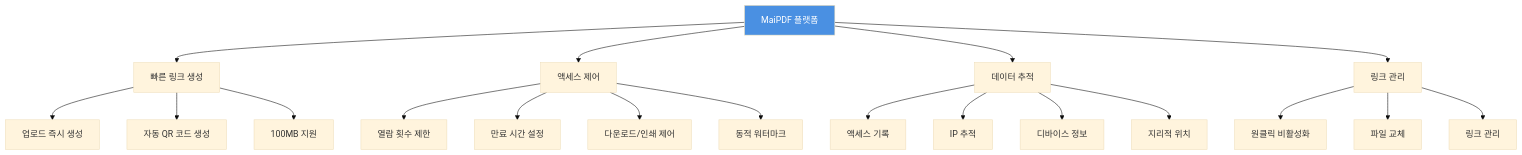
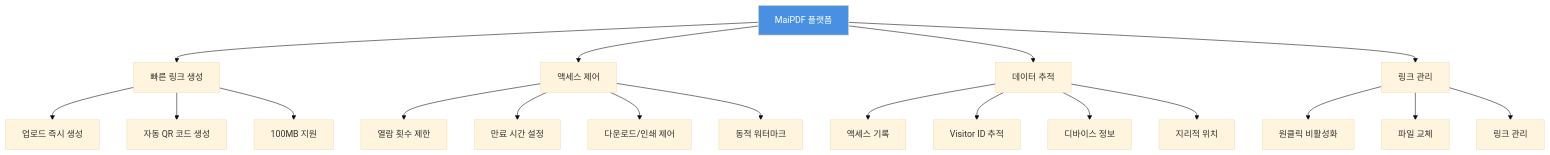
The second of 12 diagrams in src/content/blog/ko/pdf-sharing-introduction.md (mythenigma/cloudflareAstro), drawn with Mermaid (base theme) before and after one commit. The commit also changed other lines of this file and 353 other files, not shown here.

````diff
--- a/src/content/blog/ko/pdf-sharing-introduction.md
+++ b/src/content/blog/ko/pdf-sharing-introduction.md
@@ -51,27 +51,27 @@
 ```mermaid
 flowchart TD
     A[MaiPDF 플랫폼] --> B[빠른 링크 생성]
     A --> C[액세스 제어]
     A --> D[데이터 추적]
     A --> E[링크 관리]
     
     B --> B1[업로드 즉시 생성]
     B --> B2[자동 QR 코드 생성]
     B --> B3[100MB 지원]
     
     C --> C1[열람 횟수 제한]
     C --> C2[만료 시간 설정]
     C --> C3[다운로드/인쇄 제어]
     C --> C4[동적 워터마크]
     
     D --> D1[액세스 기록]
-    D --> D2[IP 추적]
+    D --> D2[Visitor ID 추적]
     D --> D3[디바이스 정보]
     D --> D4[지리적 위치]
     
     E --> E1[원클릭 비활성화]
     E --> E2[파일 교체]
     E --> E3[링크 관리]
     
     style A fill:#4A90E2,color:#fff
 ```
````
